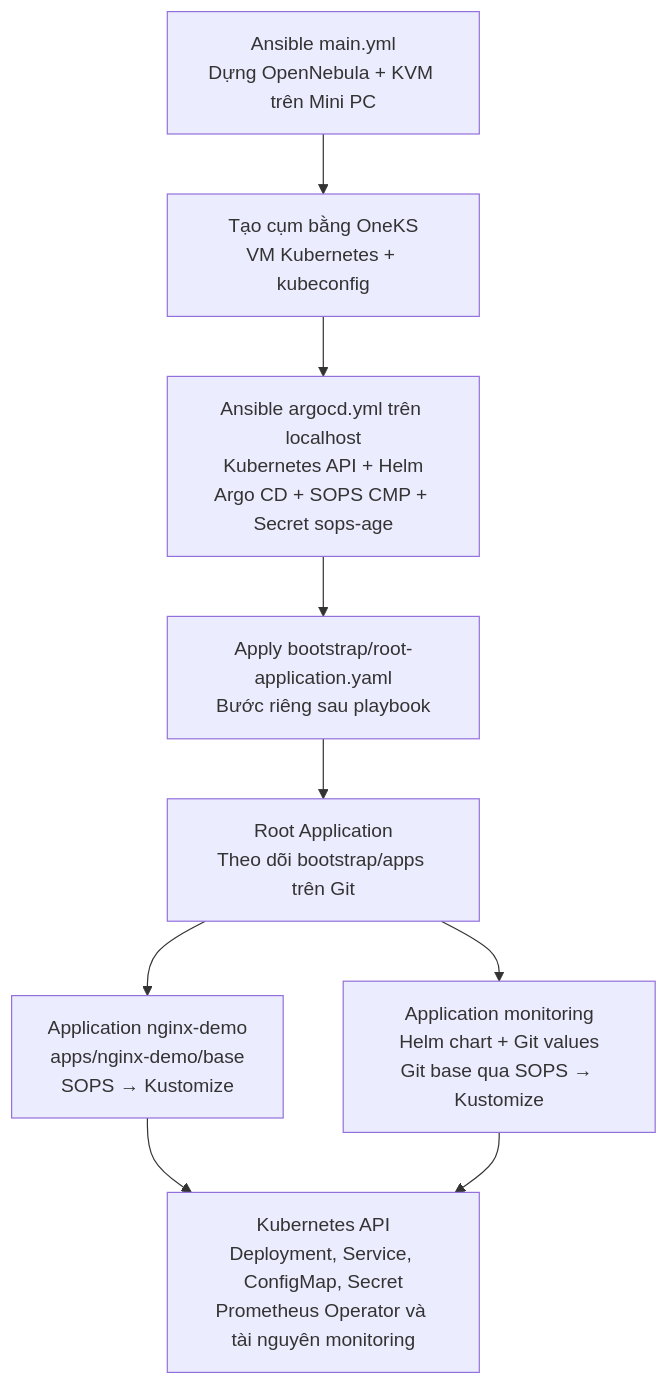
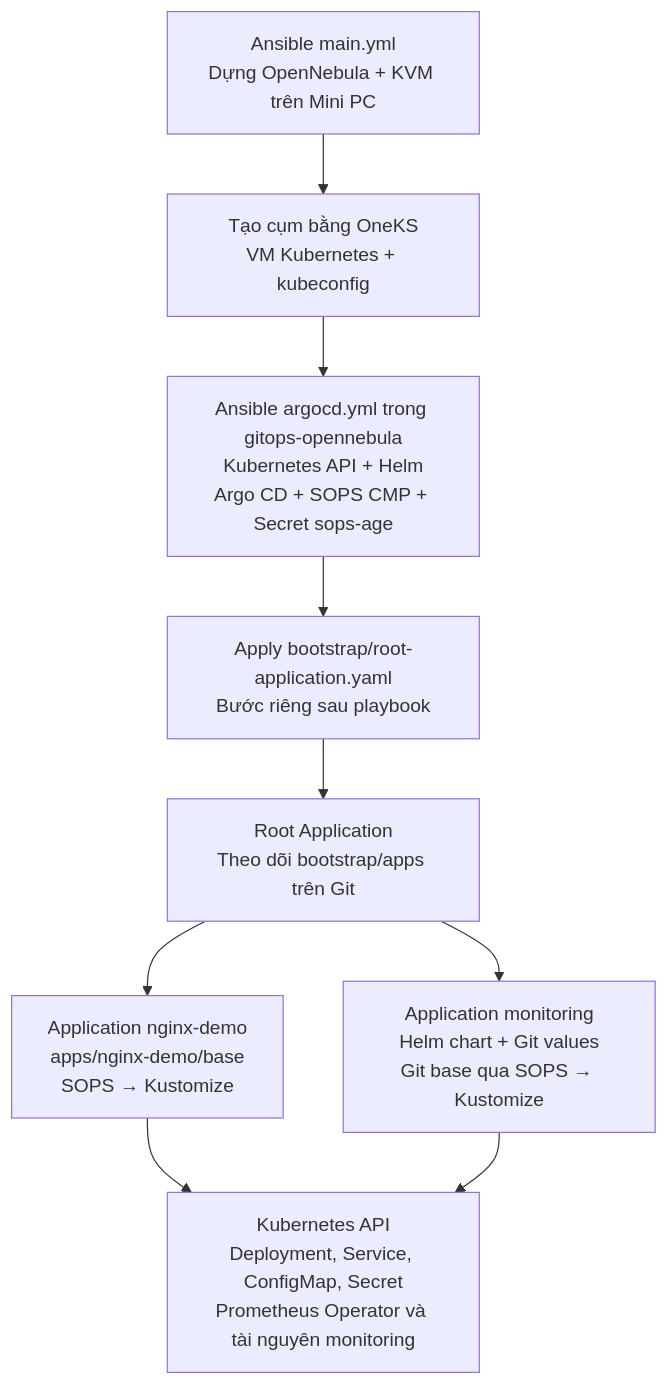
The fourth of 5 diagrams in docs/SNO-ANSIBLE-FLOW.md (001123/one-deploy), drawn with Mermaid before and after one commit. The commit also changed other lines of this file and 6 other files, not shown here.

Commit message:
refactor: decouple ArgoCD role/playbook to gitops-opennebula repo

````diff
--- a/docs/SNO-ANSIBLE-FLOW.md
+++ b/docs/SNO-ANSIBLE-FLOW.md
@@ -279,14 +279,14 @@
 ```mermaid
 flowchart TD
     SNO["Ansible main.yml<br/>Dựng OpenNebula + KVM trên Mini PC"]
     ONEKS["Tạo cụm bằng OneKS<br/>VM Kubernetes + kubeconfig"]
-    BOOT["Ansible argocd.yml trên localhost<br/>Kubernetes API + Helm<br/>Argo CD + SOPS CMP + Secret sops-age"]
+    BOOT["Ansible argocd.yml trong gitops-opennebula<br/>Kubernetes API + Helm<br/>Argo CD + SOPS CMP + Secret sops-age"]
     APPLY["Apply bootstrap/root-application.yaml<br/>Bước riêng sau playbook"]
     ROOT["Root Application<br/>Theo dõi bootstrap/apps trên Git"]
     NGINX["Application nginx-demo<br/>apps/nginx-demo/base<br/>SOPS → Kustomize"]
     MON["Application monitoring<br/>Helm chart + Git values<br/>Git base qua SOPS → Kustomize"]
     CLUSTER["Kubernetes API<br/>Deployment, Service, ConfigMap, Secret<br/>Prometheus Operator và tài nguyên monitoring"]
     SNO --> ONEKS --> BOOT --> APPLY --> ROOT
     ROOT --> NGINX --> CLUSTER
     ROOT --> MON --> CLUSTER
 ```
````
